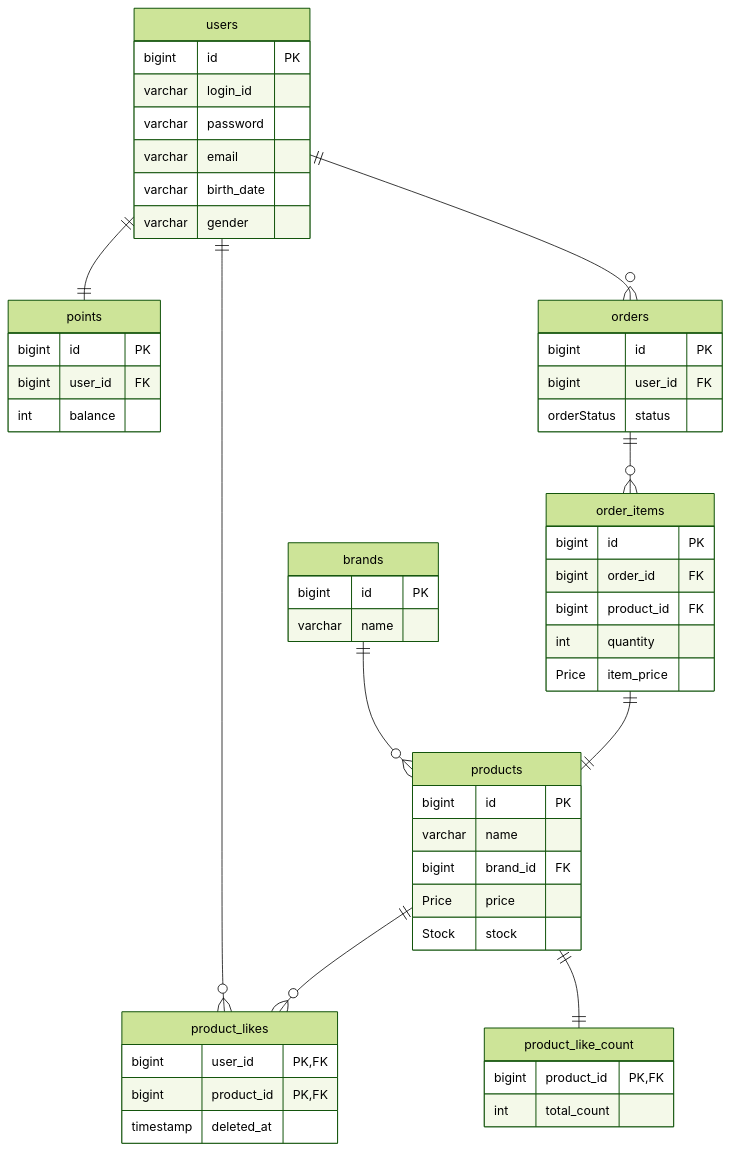
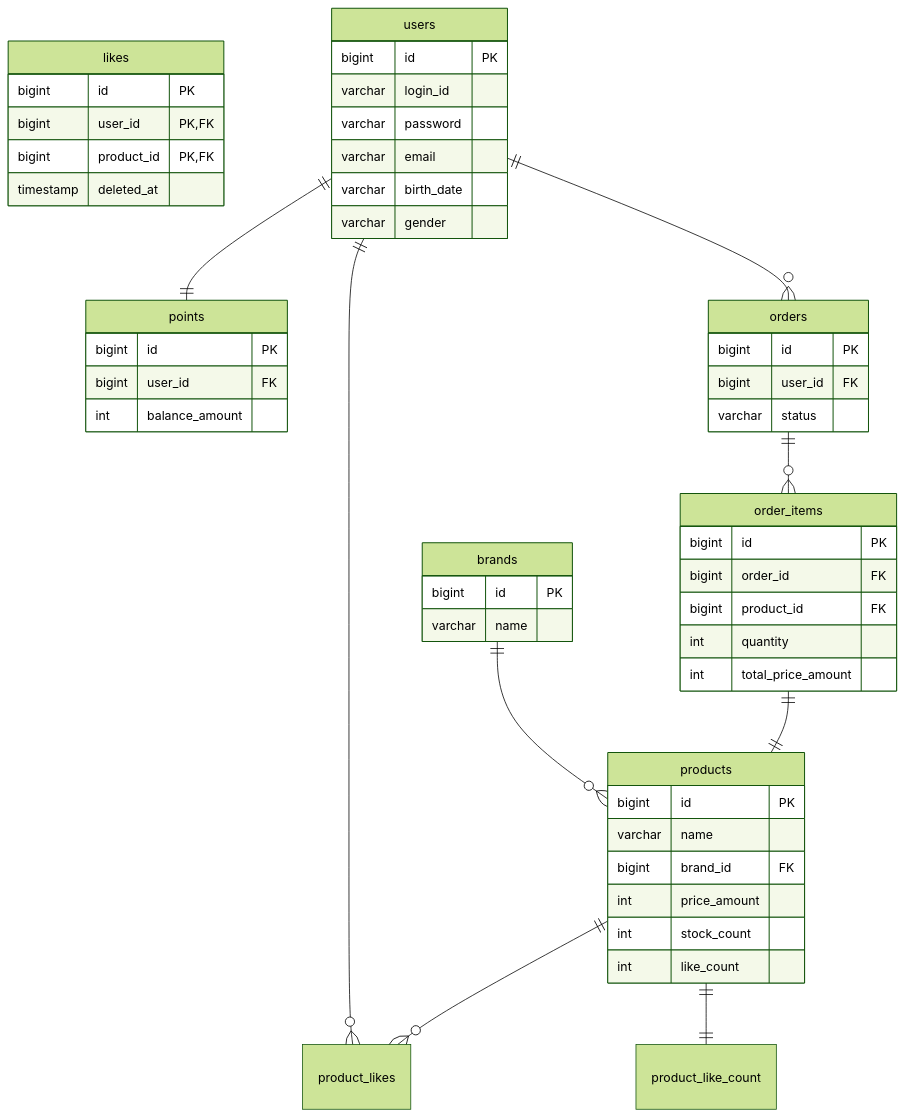
The diagram in .docs/week2/04-erd.md (lim-jaein/loopers-ecommerce), drawn with Mermaid (forest theme) before and after one commit. The commit also changed 1 other file, not shown here.

Commit message:
refactor : 유비쿼터스 언어 통일
- Price -> Money
- ProductLike -> Like

````diff
--- a/.docs/week2/04-erd.md
+++ b/.docs/week2/04-erd.md
@@ -1,57 +1,55 @@
 ```mermaid
 erDiagram
 brands {
     bigint id PK
     varchar name
 }
 products {
     bigint id PK
     varchar name
     bigint brand_id FK
-    Price price
-    Stock stock
+    int price_amount
+    int stock_count
+    int like_count
 }
-product_likes {
+likes {
+    bigint id PK
     bigint user_id PK, FK
     bigint product_id PK, FK
     timestamp deleted_at
-}
-product_like_count {
-    bigint product_id PK, FK
-    int total_count
 }
 users {
     bigint id PK
     varchar login_id
     varchar password
     varchar email
     varchar birth_date
     varchar gender
 }
 points {
     bigint id PK
     bigint user_id FK 
-    int balance
+    int balance_amount
 }
 orders {
     bigint id PK
     bigint user_id FK
-    orderStatus status
+    varchar status
 }
 order_items {
     bigint id PK
     bigint order_id FK
     bigint product_id FK
     int quantity
-    Price item_price
+    int total_price_amount
 }
 
 brands ||--o{ products : ""
 users ||--o{ product_likes : ""
 users ||--|| points : ""
 users ||--o{ orders : ""
 orders ||--o{ order_items : ""
 products ||--o{ product_likes : ""
 products ||--|| product_like_count : ""
 order_items ||--|| products : ""
 ```
````
